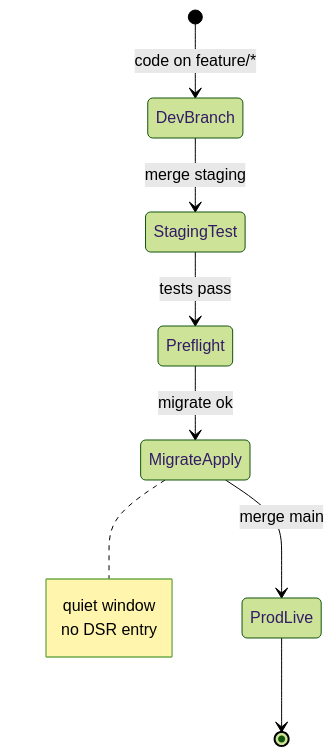
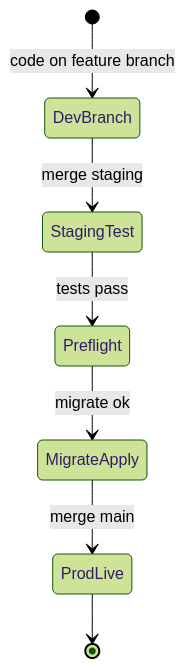
The sixth of 7 diagrams in docs/README.md (fnsventures/petrolpump), drawn with Mermaid (forest theme) before and after one commit. The commit also changed other lines of this file and 3 other files, not shown here.

````diff
--- a/docs/README.md
+++ b/docs/README.md
@@ -338,10 +318,9 @@
 ```mermaid
 stateDiagram-v2
-  [*] --> DevBranch: code on feature/*
+  [*] --> DevBranch: code on feature branch
   DevBranch --> StagingTest: merge staging
   StagingTest --> Preflight: tests pass
   Preflight --> MigrateApply: migrate ok
   MigrateApply --> ProdLive: merge main
   ProdLive --> [*]
-  note right of MigrateApply: quiet window<br/>no DSR entry
 ```
````
